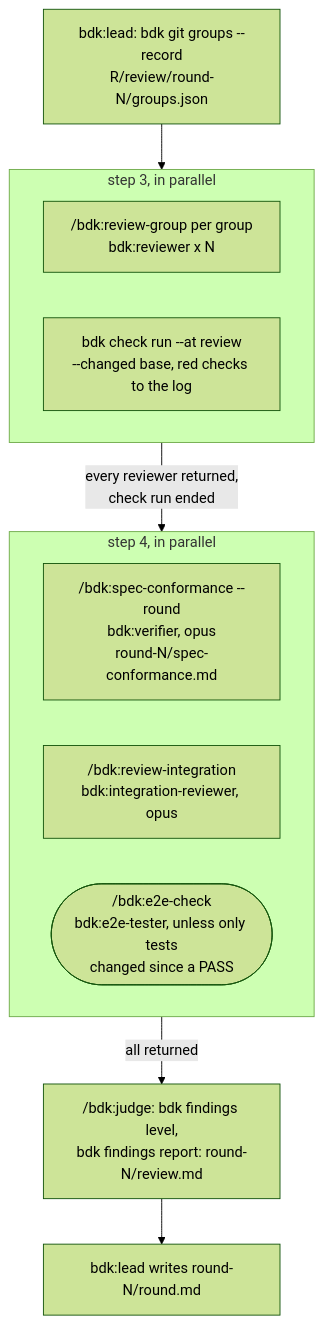
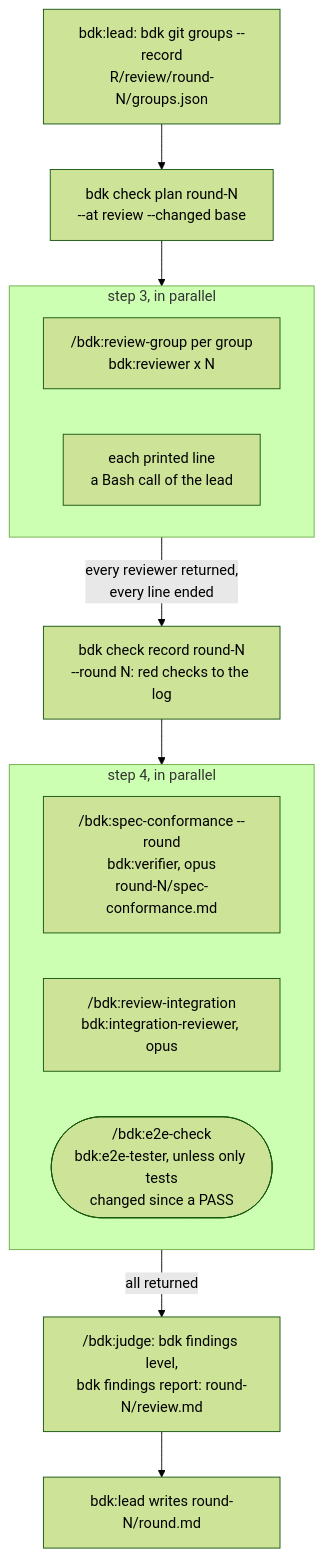
The tenth of 15 diagrams in docs/concepts/orchestrators.md (broneq/bdk), drawn with Mermaid (forest theme) before and after one commit. The commit also changed other lines of this file and 67 other files, not shown here.

First line of the commit message:
feat(check)!: plan the checks and let the agent run the real command

````diff
--- a/docs/concepts/orchestrators.md
+++ b/docs/concepts/orchestrators.md
@@ -250,18 +255,18 @@
 ```mermaid
 flowchart TB
-  G["bdk:lead: bdk git groups --record<br/>R/review/round-N/groups.json"] --> S3
+  G["bdk:lead: bdk git groups --record<br/>R/review/round-N/groups.json"] --> CP["bdk check plan round-N<br/>--at review --changed base"] --> S3
   subgraph S3["step 3, in parallel"]
     direction LR
     RV["/bdk:review-group per group<br/>bdk:reviewer x N"]
-    CK["bdk check run --at review<br/>--changed base, red checks to the log"]
+    CK["each printed line<br/>a Bash call of the lead"]
   end
-  S3 -->|"every reviewer returned,<br/>check run ended"| S4
+  S3 -->|"every reviewer returned,<br/>every line ended"| CR["bdk check record round-N<br/>--round N: red checks to the log"] --> S4
   subgraph S4["step 4, in parallel"]
     direction LR
     VF["/bdk:spec-conformance --round<br/>bdk:verifier, opus<br/>round-N/spec-conformance.md"]
     IR["/bdk:review-integration<br/>bdk:integration-reviewer, opus"]
     E2(["/bdk:e2e-check<br/>bdk:e2e-tester, unless only tests<br/>changed since a PASS"])
   end
   S4 -->|"all returned"| JD["/bdk:judge: bdk findings level,<br/>bdk findings report: round-N/review.md"]
   JD --> RM["bdk:lead writes round-N/round.md"]
 ```
````
